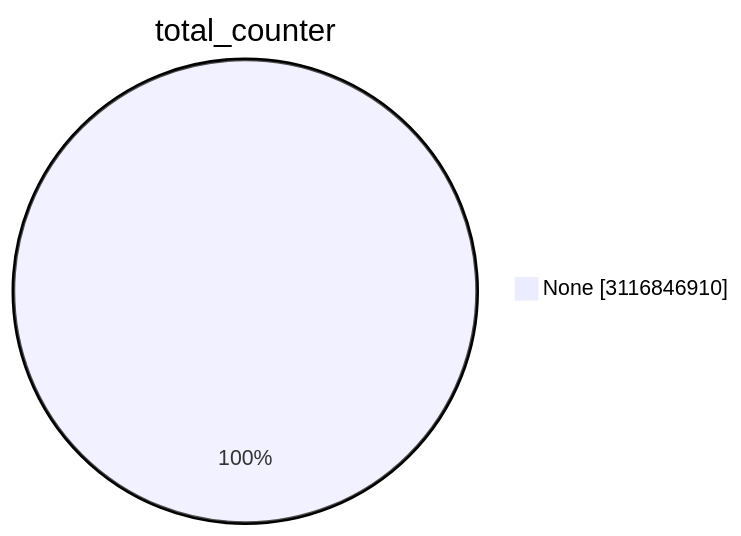
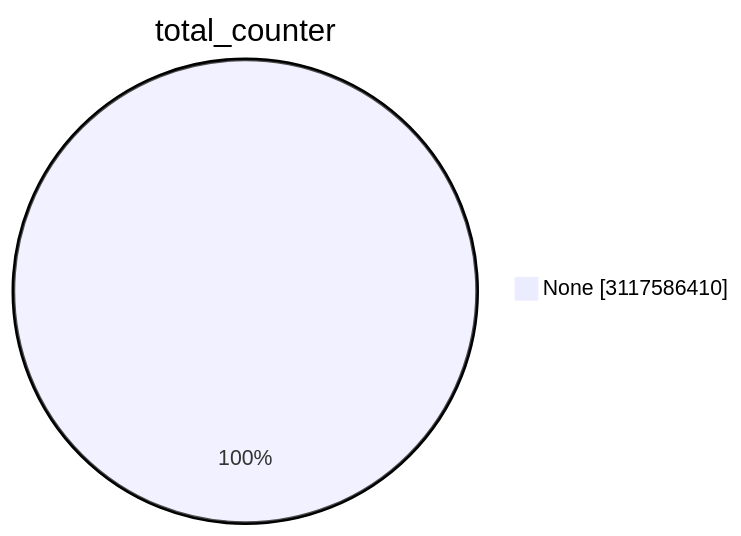
Before and after one commit to christiankrug/ctmonitor_visualization: the first of 15 diagrams in TOTAL/README.md, drawn with Mermaid. The commit also changed other lines of this file, not shown here.

````diff
--- a/TOTAL/README.md
+++ b/TOTAL/README.md
@@ -1,5 +1,5 @@
 ```mermaid
 pie showData
 title total_counter
-"None" :3116846910
+"None" :3117586410
 ```
````
